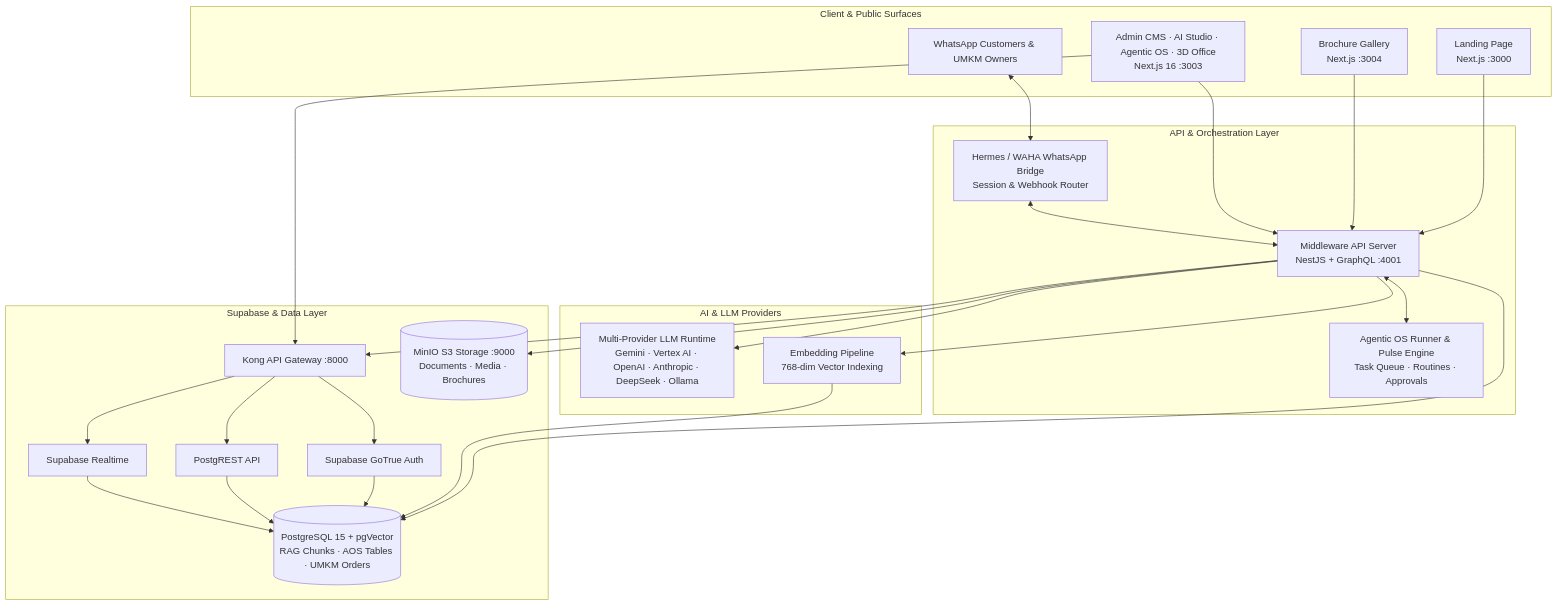
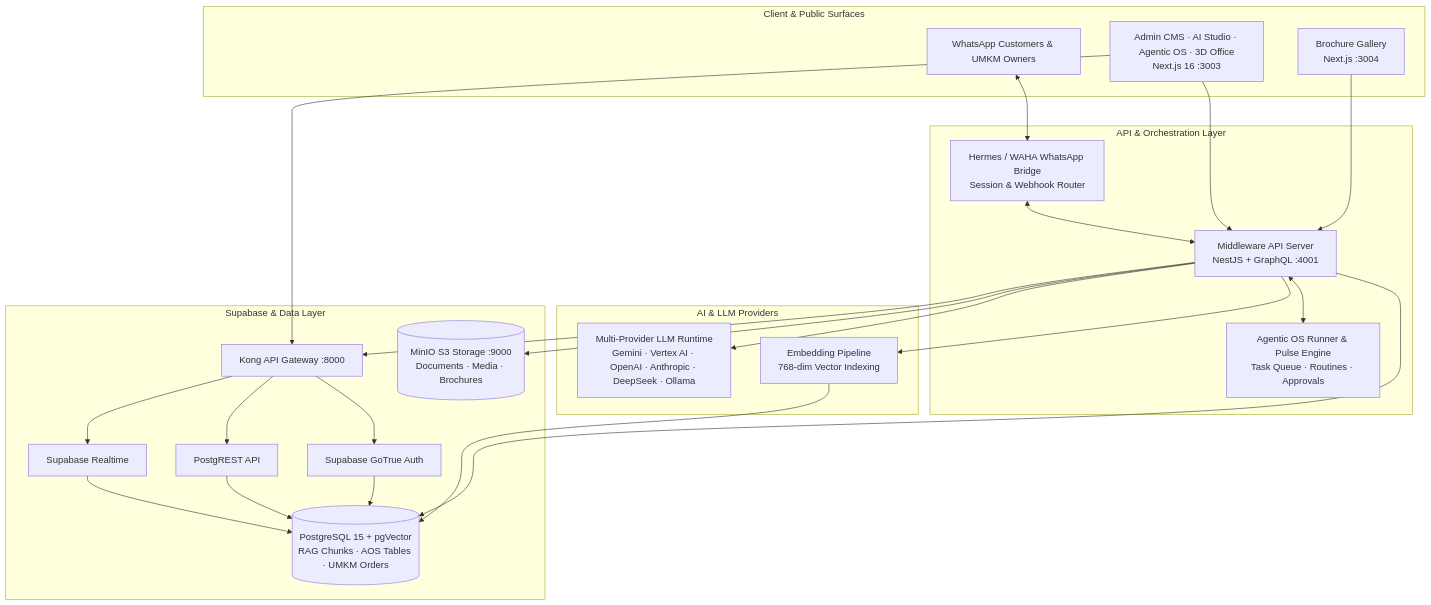
Before and after one commit to nusantarasoft/juragan-aibuilder-cup: the first of 2 diagrams in README.md, drawn with Mermaid. The commit also changed other lines of this file and 225 other files, not shown here.

Commit message:
chore: remove landing-page directory and docker-compose service definitions

````diff
--- a/README.md
+++ b/README.md
@@ -29,50 +29,48 @@
 ```mermaid
 graph TB
     subgraph "Client & Public Surfaces"
-        LP["Landing Page<br/>Next.js :3000"]
         BROCHURE["Brochure Gallery<br/>Next.js :3004"]
         ADMIN["Admin CMS · AI Studio · Agentic OS · 3D Office<br/>Next.js 16 :3003"]
         WA_USER["WhatsApp Customers & UMKM Owners"]
     end
 
     subgraph "API & Orchestration Layer"
         MW["Middleware API Server<br/>NestJS + GraphQL :4001"]
         AOS["Agentic OS Runner & Pulse Engine<br/>Task Queue · Routines · Approvals"]
         HERMES["Hermes / WAHA WhatsApp Bridge<br/>Session & Webhook Router"]
     end
 
     subgraph "Supabase & Data Layer"
         KONG["Kong API Gateway :8000"]
         AUTH["Supabase GoTrue Auth"]
         REST["PostgREST API"]
         REALTIME["Supabase Realtime"]
         PG[("PostgreSQL 15 + pgVector<br/>RAG Chunks · AOS Tables · UMKM Orders")]
         MINIO[("MinIO S3 Storage :9000<br/>Documents · Media · Brochures")]
     end
 
     subgraph "AI & LLM Providers"
         LLM["Multi-Provider LLM Runtime<br/>Gemini · Vertex AI · OpenAI · Anthropic · DeepSeek · Ollama"]
         EMBED["Embedding Pipeline<br/>768-dim Vector Indexing"]
     end
 
-    LP --> MW
     BROCHURE --> MW
     ADMIN --> MW
     ADMIN --> KONG
     WA_USER <--> HERMES <--> MW
 
     MW <--> AOS
     MW --> KONG
     MW --> PG
     MW --> MINIO
     MW --> LLM
     MW --> EMBED
     EMBED --> PG
 
     KONG --> AUTH
     KONG --> REST
     KONG --> REALTIME
     AUTH --> PG
     REST --> PG
     REALTIME --> PG
 ```
````
